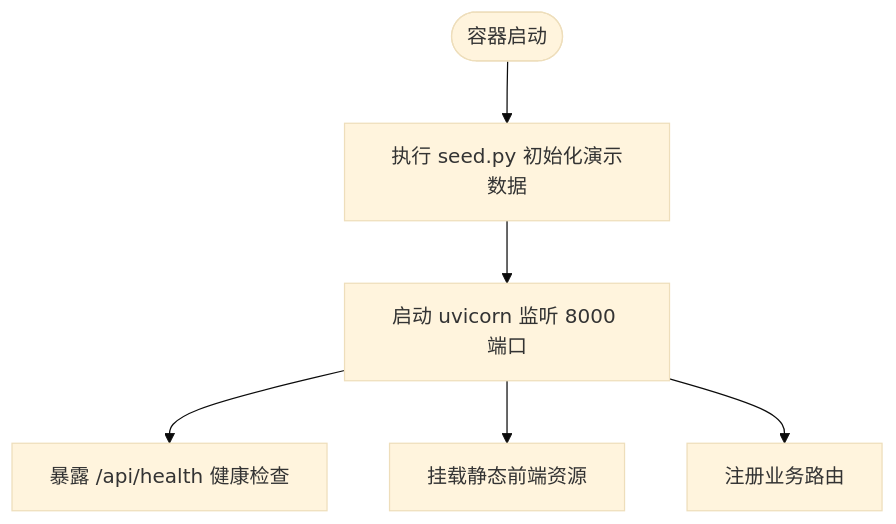
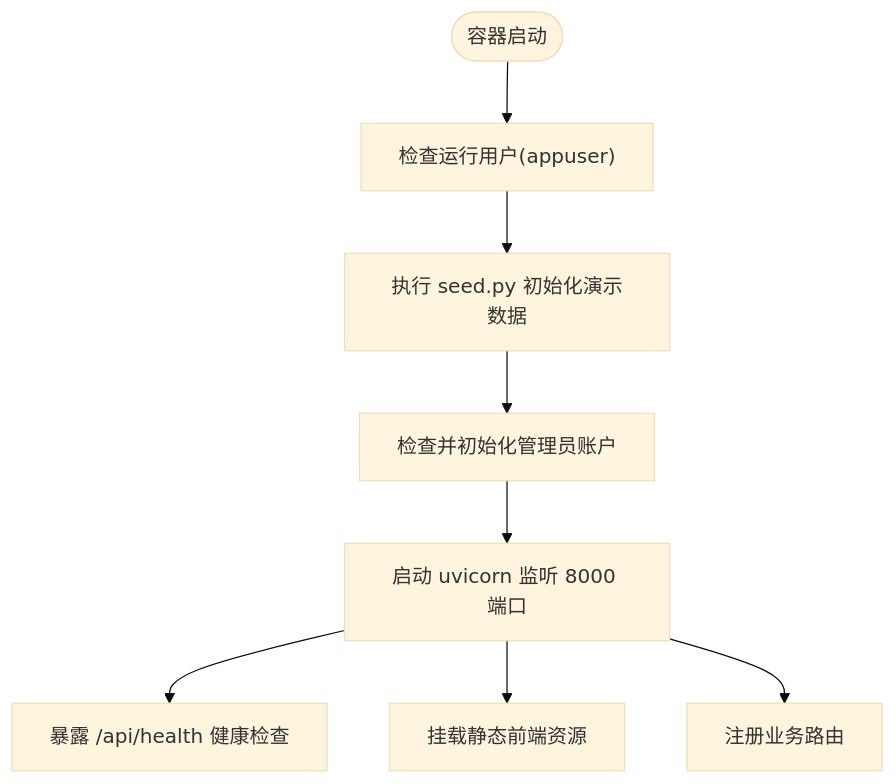
The fourth of 5 diagrams in .qoder/repowiki/zh/content/部署与运维指南/Docker容器化部署.md (onebody/homework), drawn with Mermaid (base theme) before and after one commit. The commit also changed other lines of this file and 28 other files, not shown here.

````diff
--- a/.qoder/repowiki/zh/content/部署与运维指南/Docker容器化部署.md
+++ b/.qoder/repowiki/zh/content/部署与运维指南/Docker容器化部署.md
@@ -255,8 +272,10 @@
 ```mermaid
 flowchart TD
-Start(["容器启动"]) --> Seed["执行 seed.py 初始化演示数据"]
-Seed --> Uvicorn["启动 uvicorn 监听 8000 端口"]
+Start(["容器启动"]) --> UserCheck["检查运行用户(appuser)"]
+UserCheck --> Seed["执行 seed.py 初始化演示数据"]
+Seed --> AdminInit["检查并初始化管理员账户"]
+AdminInit --> Uvicorn["启动 uvicorn 监听 8000 端口"]
 Uvicorn --> Health["暴露 /api/health 健康检查"]
 Uvicorn --> Static["挂载静态前端资源"]
 Uvicorn --> API["注册业务路由"]
 ```
````
